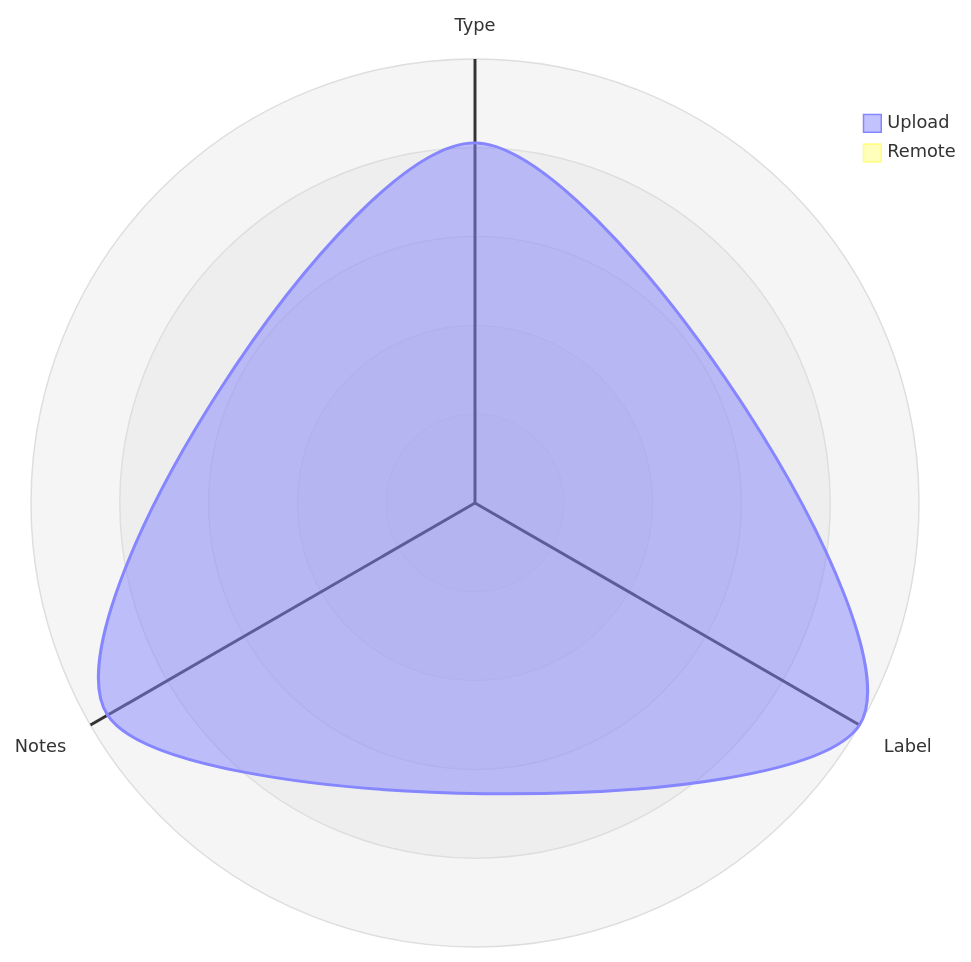
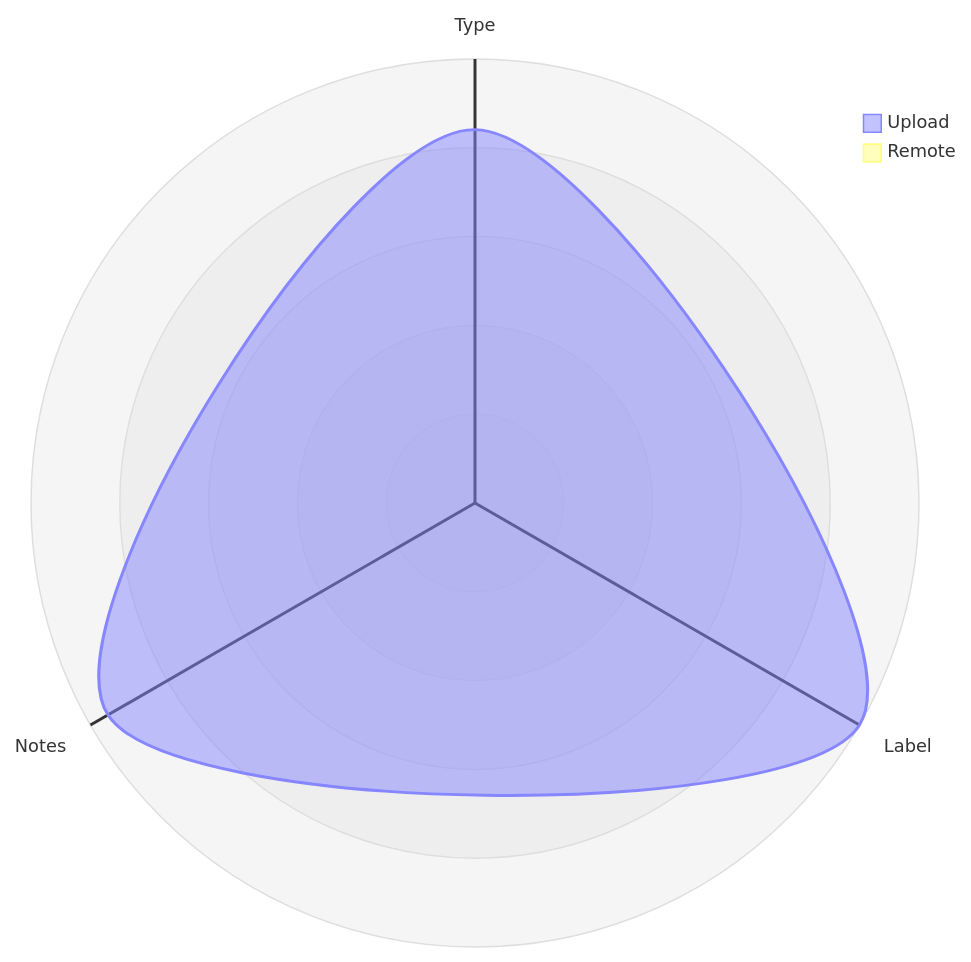
One commit to open-data/analytics-corporate-reporting changed the third of 5 diagrams in datastore_tracker/README.md. Above: the diagram before and after it, drawn with Mermaid. The commit also changed other lines of this file and 10 other files, not shown here.

````diff
--- a/datastore_tracker/README.md
+++ b/datastore_tracker/README.md
@@ -106,12 +106,12 @@
 ```mermaid
 radar-beta
   axis T["Type"], L["Label"], N["Notes"]
-  curve u["Upload"]{0.00073, 0.0009, 0.00086}
+  curve u["Upload"]{0.00074, 0.00088, 0.00084}
   curve r["Remote"]{0, 0, 0}
 
   showLegend true
 
   min 0
   graticule circle
   ticks 5
 ```
````
